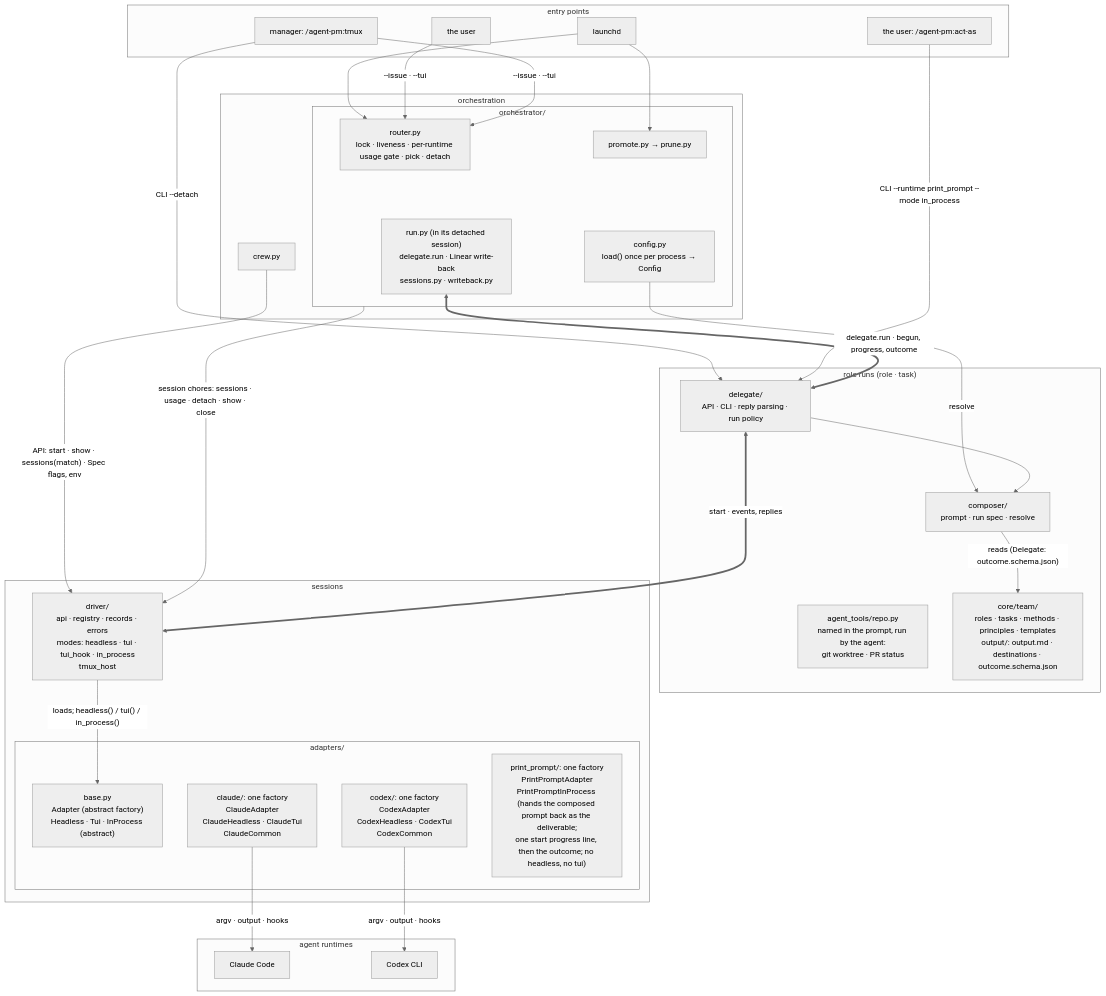
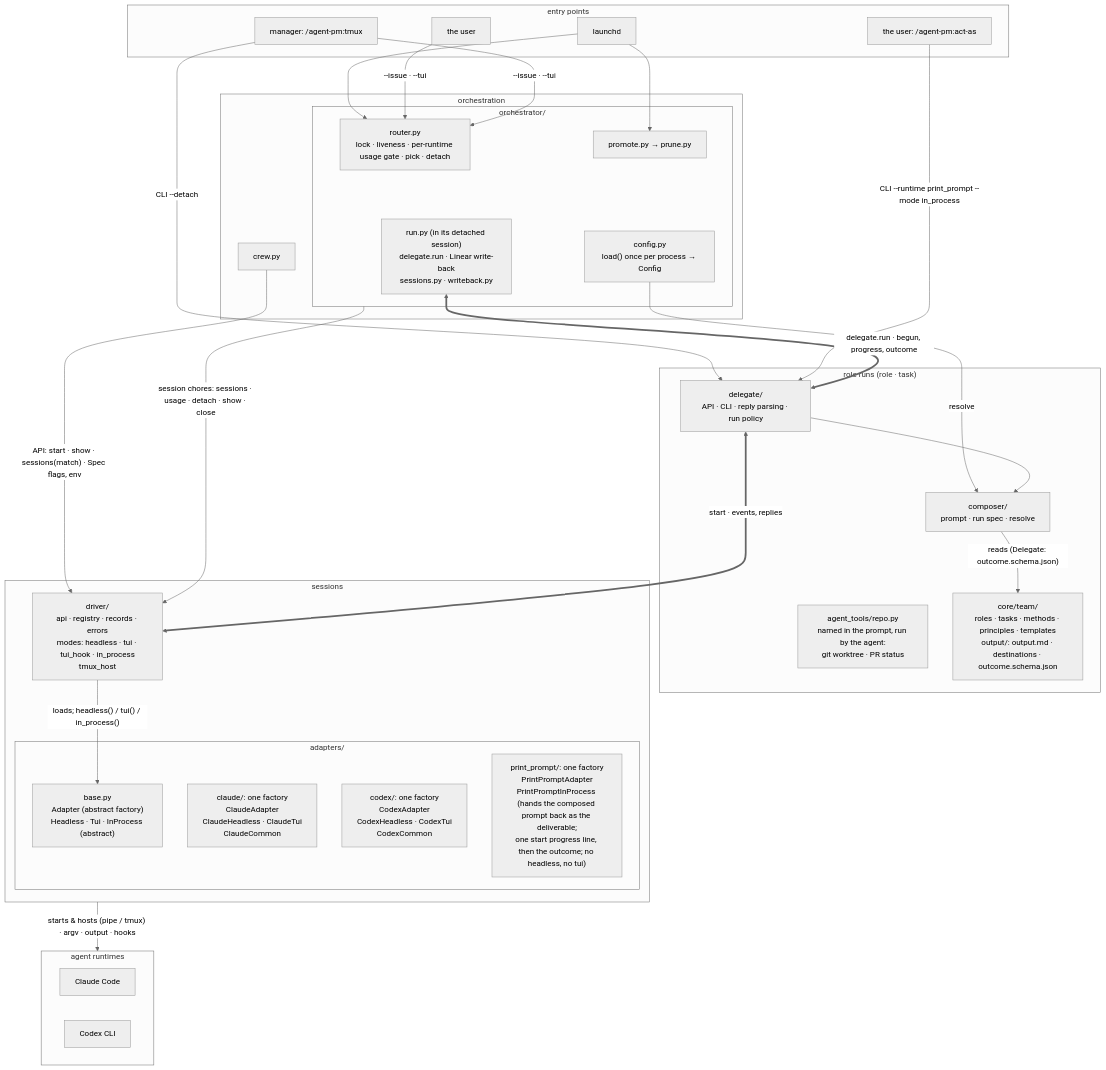
The second of 4 diagrams in README.md (ophis/agent-pm), drawn with Mermaid (neutral theme) before and after one commit. The commit also changed other lines of this file, not shown here.

Commit message:
README: one sessions-to-runtimes edge in the architecture diagram
Claude-Session: https://claude.ai/code/session_01DWNTKp8E4ZkndBswMuqLEu

````diff
--- a/README.md
+++ b/README.md
@@ -20,54 +20,53 @@
 ```mermaid
 flowchart TB
   subgraph EN[entry points]
     LD[launchd]
     HU[the user]
     M["manager: /agent-pm:tmux"]
     A["the user: /agent-pm:act-as"]
   end
   subgraph L1[orchestration]
     subgraph OR[orchestrator/]
       R["router.py<br>lock · liveness · per-runtime usage gate · pick · detach"]
       RU["run.py (in its detached session)<br>delegate.run · Linear write-back<br>sessions.py · writeback.py"]
       PP["promote.py → prune.py"]
       CF["config.py<br>load() once per process → Config"]
     end
     W[crew.py]
   end
   subgraph L2["role runs (role · task)"]
     D["delegate/<br>API · CLI · reply parsing · run policy"]
     C["composer/<br>prompt · run spec · resolve"]
     AT["agent_tools/repo.py<br>named in the prompt, run by the agent:<br>git worktree · PR status"]
     T["core/team/<br>roles · tasks · methods · principles · templates<br>output/: output.md · destinations · outcome.schema.json"]
   end
   subgraph L3[sessions]
     DR["driver/<br>api · registry · records · errors<br>modes: headless · tui · tui_hook · in_process<br>tmux_host"]
     subgraph AD[adapters/]
       B["base.py<br>Adapter (abstract factory)<br>Headless · Tui · InProcess (abstract)"]
       CL["claude/: one factory<br>ClaudeAdapter<br>ClaudeHeadless · ClaudeTui<br>ClaudeCommon"]
       CX["codex/: one factory<br>CodexAdapter<br>CodexHeadless · CodexTui<br>CodexCommon"]
       PP2["print_prompt/: one factory<br>PrintPromptAdapter<br>PrintPromptInProcess (hands the composed prompt back as the deliverable;<br>one start progress line, then the outcome; no headless, no tui)"]
     end
   end
   subgraph RT[agent runtimes]
     P1[Claude Code]
     P2[Codex CLI]
   end
   LD --> R & PP
   HU & M -->|"--issue · --tui"| R
   M -->|"CLI --detach"| D
   A -->|"CLI --runtime print_prompt --mode in_process"| D
   W -->|"API: start · show · sessions(match) · Spec flags, env"| DR
   RU <==>|"delegate.run · begun, progress, outcome"| D
   CF -->|resolve| C
   OR -->|"session chores: sessions · usage · detach · show · close"| DR
   D --> C
   C -->|"reads (Delegate: outcome.schema.json)"| T
   D <==>|"start · events, replies"| DR
   DR -->|"loads; headless() / tui() / in_process()"| B
-  CL -->|"argv · output · hooks"| P1
-  CX -->|"argv · output · hooks"| P2
+  L3 -->|"starts & hosts (pipe / tmux) · argv · output · hooks"| RT
   R ~~~ RU
   PP ~~~ CF
   C ~~~ DR
 ```
````
